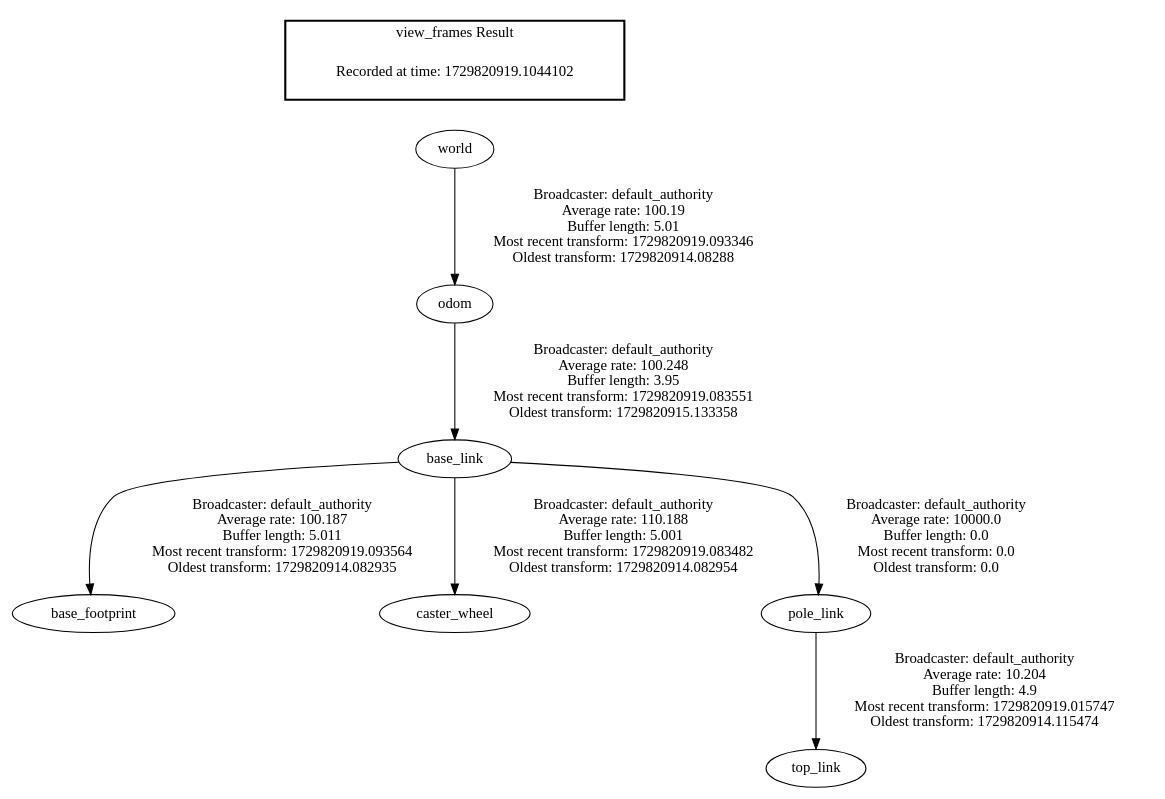
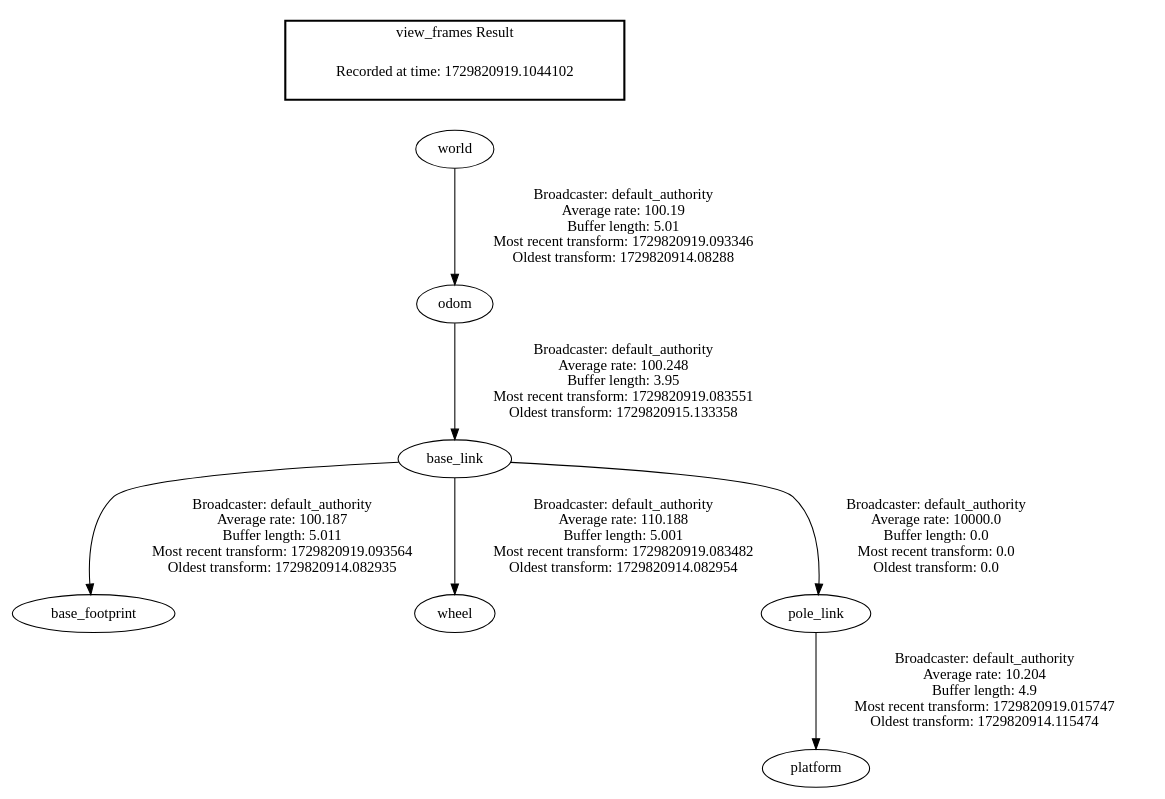
Before and after one commit to ME495-EmbeddedSystems/homework-2-asarogers: the diagram in frames_2024-10-24_20.48.39.gv, drawn with Graphviz. The commit also changed 12 other files, not shown here.

```diff
--- a/frames_2024-10-24_20.48.39.gv
+++ b/frames_2024-10-24_20.48.39.gv
@@ -1,12 +1,12 @@
 digraph G {
 "world" -> "odom"[label=" Broadcaster: default_authority\nAverage rate: 100.19\nBuffer length: 5.01\nMost recent transform: 1729820919.093346\nOldest transform: 1729820914.08288\n"];
 "base_link" -> "base_footprint"[label=" Broadcaster: default_authority\nAverage rate: 100.187\nBuffer length: 5.011\nMost recent transform: 1729820919.093564\nOldest transform: 1729820914.082935\n"];
 "odom" -> "base_link"[label=" Broadcaster: default_authority\nAverage rate: 100.248\nBuffer length: 3.95\nMost recent transform: 1729820919.083551\nOldest transform: 1729820915.133358\n"];
-"base_link" -> "caster_wheel"[label=" Broadcaster: default_authority\nAverage rate: 110.188\nBuffer length: 5.001\nMost recent transform: 1729820919.083482\nOldest transform: 1729820914.082954\n"];
+"base_link" -> "wheel"[label=" Broadcaster: default_authority\nAverage rate: 110.188\nBuffer length: 5.001\nMost recent transform: 1729820919.083482\nOldest transform: 1729820914.082954\n"];
 "base_link" -> "pole_link"[label=" Broadcaster: default_authority\nAverage rate: 10000.0\nBuffer length: 0.0\nMost recent transform: 0.0\nOldest transform: 0.0\n"];
-"pole_link" -> "top_link"[label=" Broadcaster: default_authority\nAverage rate: 10.204\nBuffer length: 4.9\nMost recent transform: 1729820919.015747\nOldest transform: 1729820914.115474\n"];
+"pole_link" -> "platform"[label=" Broadcaster: default_authority\nAverage rate: 10.204\nBuffer length: 4.9\nMost recent transform: 1729820919.015747\nOldest transform: 1729820914.115474\n"];
 edge [style=invis];
  subgraph cluster_legend { style=bold; color=black; label ="view_frames Result";
 "Recorded at time: 1729820919.1044102"[ shape=plaintext ] ;
 }->"world";
 }
```
